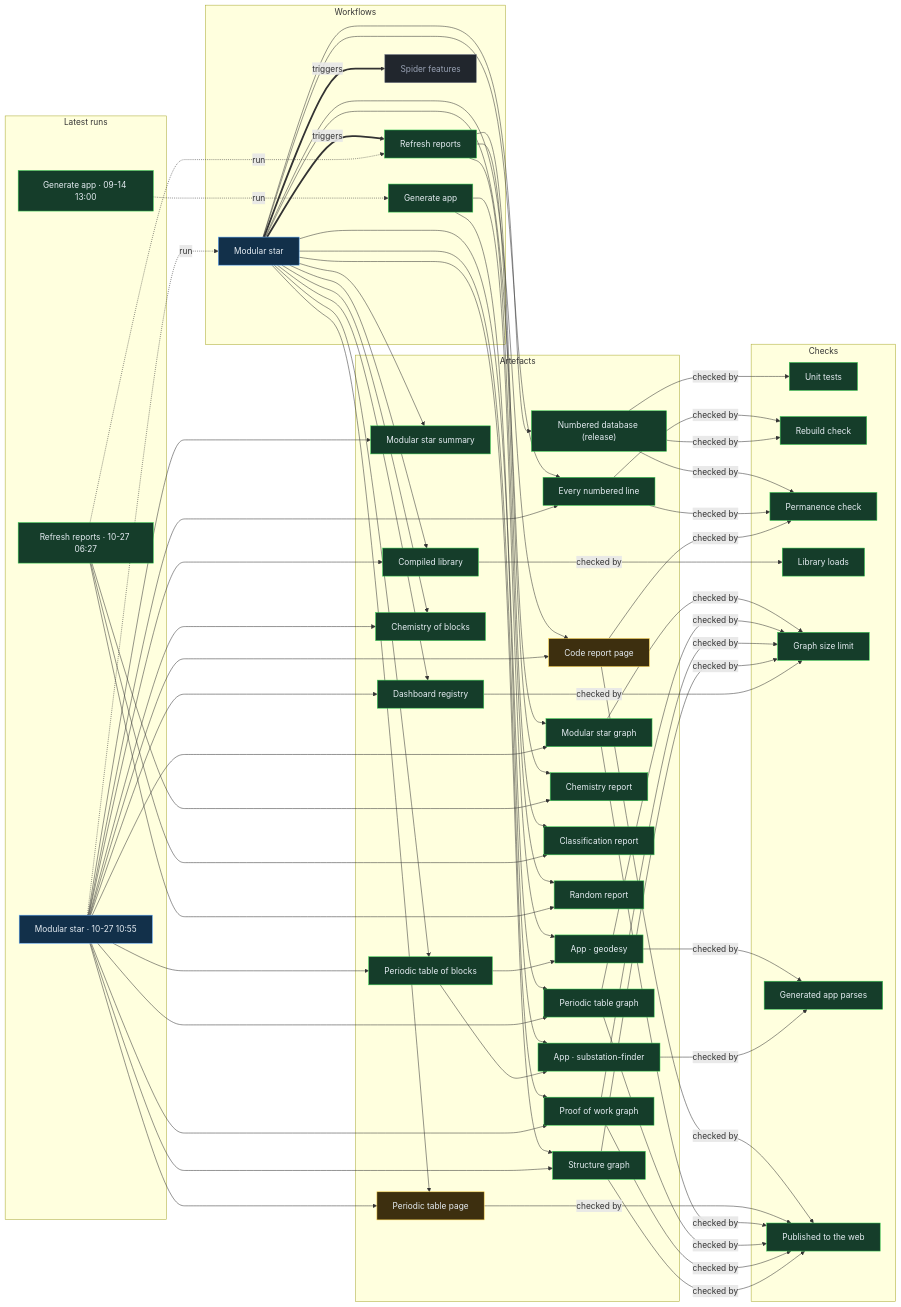
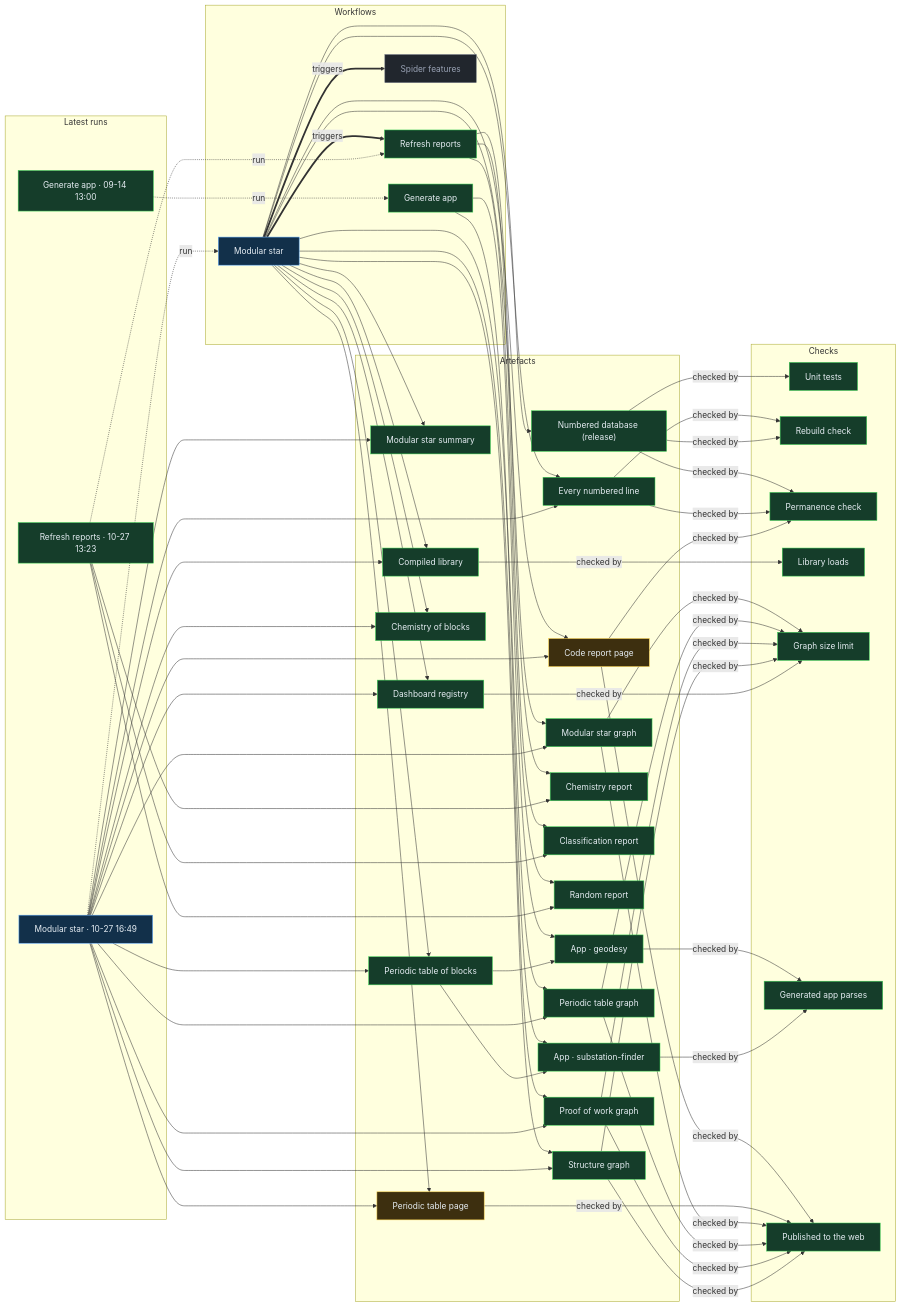
Before and after one commit to Ventusltd/stars: the diagram in proof/PROOF.md, drawn with Mermaid. The commit also changed other lines of this file and 61 other files, not shown here.

Commit message:
Modular star 2026-10-27T16:52Z

```diff
--- a/proof/PROOF.md
+++ b/proof/PROOF.md
@@ -24,8 +24,8 @@
   n_wf_spider_features["Spider features"]:::off
   end
   subgraph g_runs["Latest runs"]
-  n_run_40492176170["Modular star · 10-27 10:55"]:::live
-  n_run_40461192456["Refresh reports · 10-27 06:27"]:::ok
+  n_run_40544734177["Modular star · 10-27 16:49"]:::live
+  n_run_40511687173["Refresh reports · 10-27 13:23"]:::ok
   n_run_34846587798["Generate app · 09-14 13:00"]:::ok
   end
   subgraph g_artefacts["Artefacts"]
@@ -59,39 +59,39 @@
   end
   n_wf_modular_star == triggers ==> n_wf_refresh
   n_wf_modular_star == triggers ==> n_wf_spider_features
-  n_run_40492176170 -. run .-> n_wf_modular_star
-  n_run_40461192456 -. run .-> n_wf_refresh
+  n_run_40544734177 -. run .-> n_wf_modular_star
+  n_run_40511687173 -. run .-> n_wf_refresh
   n_run_34846587798 -. run .-> n_wf_generate
   n_wf_modular_star --> n_art_summary
-  n_run_40492176170 --> n_art_summary
+  n_run_40544734177 --> n_art_summary
   n_wf_modular_star --> n_art_lines
-  n_run_40492176170 --> n_art_lines
+  n_run_40544734177 --> n_art_lines
   n_wf_modular_star --> n_art_code
-  n_run_40492176170 --> n_art_code
+  n_run_40544734177 --> n_art_code
   n_wf_modular_star --> n_art_modular_graph
-  n_run_40492176170 --> n_art_modular_graph
+  n_run_40544734177 --> n_art_modular_graph
   n_wf_modular_star --> n_art_blocks
-  n_run_40492176170 --> n_art_blocks
+  n_run_40544734177 --> n_art_blocks
   n_wf_modular_star --> n_art_table
-  n_run_40492176170 --> n_art_table
+  n_run_40544734177 --> n_art_table
   n_wf_modular_star --> n_art_blocks_graph
-  n_run_40492176170 --> n_art_blocks_graph
+  n_run_40544734177 --> n_art_blocks_graph
   n_wf_modular_star --> n_art_reactions
-  n_run_40492176170 --> n_art_reactions
+  n_run_40544734177 --> n_art_reactions
   n_wf_modular_star --> n_art_library
-  n_run_40492176170 --> n_art_library
+  n_run_40544734177 --> n_art_library
   n_wf_modular_star --> n_art_features
-  n_run_40492176170 --> n_art_features
+  n_run_40544734177 --> n_art_features
   n_wf_modular_star --> n_art_proof
-  n_run_40492176170 --> n_art_proof
+  n_run_40544734177 --> n_art_proof
   n_wf_modular_star --> n_art_structure
-  n_run_40492176170 --> n_art_structure
+  n_run_40544734177 --> n_art_structure
   n_wf_refresh --> n_art_chemistry
-  n_run_40461192456 --> n_art_chemistry
+  n_run_40511687173 --> n_art_chemistry
   n_wf_refresh --> n_art_vedic
-  n_run_40461192456 --> n_art_vedic
+  n_run_40511687173 --> n_art_vedic
   n_wf_refresh --> n_art_random
-  n_run_40461192456 --> n_art_random
+  n_run_40511687173 --> n_art_random
   n_wf_modular_star --> n_art_release
   n_wf_generate --> n_app_geodesy
   n_art_blocks --> n_app_geodesy
```
